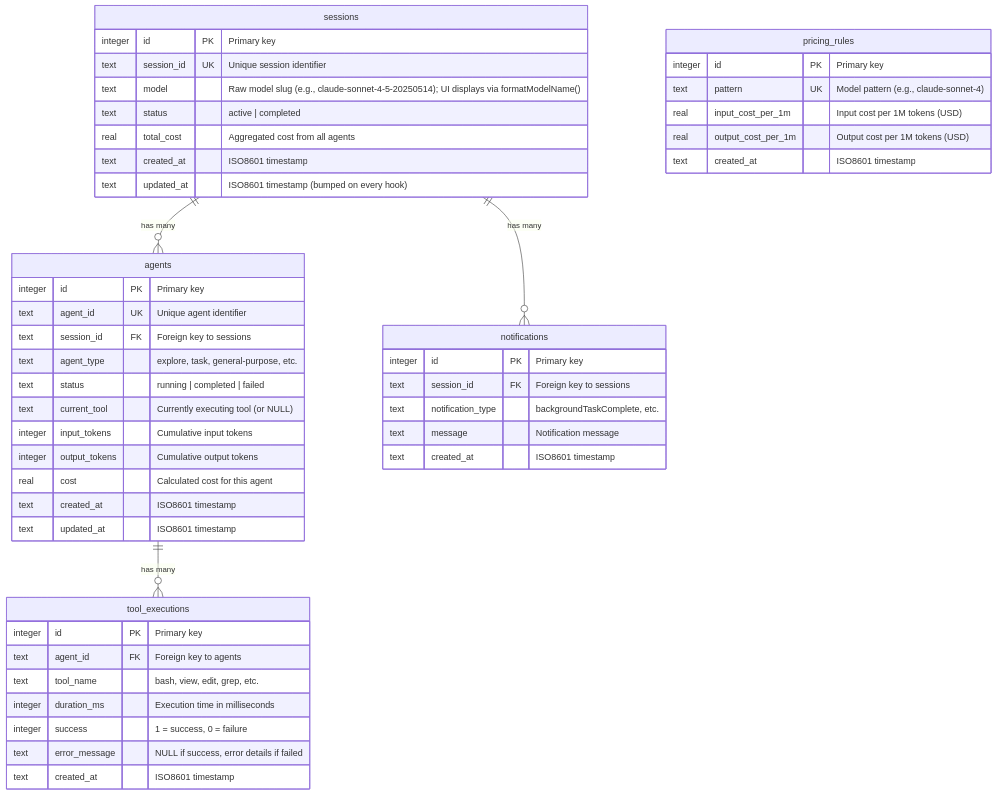
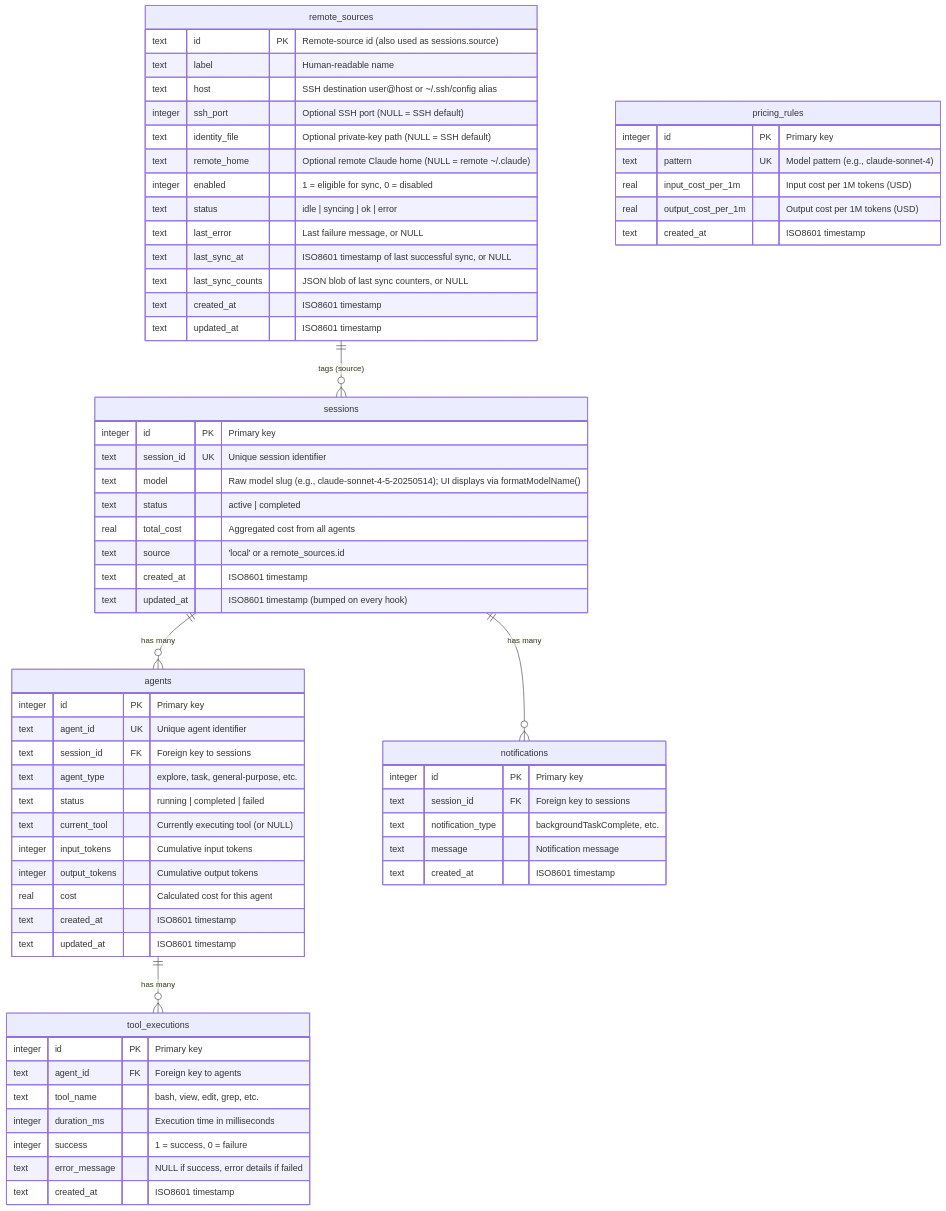
One commit to hoangsonww/Claude-Code-Agent-Monitor changed the second of 11 diagrams in docs/DATABASE.md. Above: the diagram before and after it, drawn with Mermaid. The commit also changed other lines of this file and 43 other files, not shown here.

````diff
--- a/docs/DATABASE.md
+++ b/docs/DATABASE.md
@@ -74,56 +76,74 @@
 ```mermaid
 erDiagram
     sessions ||--o{ agents : "has many"
     agents ||--o{ tool_executions : "has many"
     sessions ||--o{ notifications : "has many"
+    remote_sources ||--o{ sessions : "tags (source)"
     
     sessions {
         integer id PK "Primary key"
         text session_id UK "Unique session identifier"
         text model "Raw model slug (e.g., claude-sonnet-4-5-20250514); UI displays via formatModelName()"
         text status "active | completed"
         real total_cost "Aggregated cost from all agents"
+        text source "'local' or a remote_sources.id"
         text created_at "ISO8601 timestamp"
         text updated_at "ISO8601 timestamp (bumped on every hook)"
     }
     
     agents {
         integer id PK "Primary key"
         text agent_id UK "Unique agent identifier"
         text session_id FK "Foreign key to sessions"
         text agent_type "explore, task, general-purpose, etc."
         text status "running | completed | failed"
         text current_tool "Currently executing tool (or NULL)"
         integer input_tokens "Cumulative input tokens"
         integer output_tokens "Cumulative output tokens"
         real cost "Calculated cost for this agent"
         text created_at "ISO8601 timestamp"
         text updated_at "ISO8601 timestamp"
     }
     
     tool_executions {
         integer id PK "Primary key"
         text agent_id FK "Foreign key to agents"
         text tool_name "bash, view, edit, grep, etc."
         integer duration_ms "Execution time in milliseconds"
         integer success "1 = success, 0 = failure"
         text error_message "NULL if success, error details if failed"
         text created_at "ISO8601 timestamp"
     }
     
     notifications {
         integer id PK "Primary key"
         text session_id FK "Foreign key to sessions"
         text notification_type "backgroundTaskComplete, etc."
         text message "Notification message"
         text created_at "ISO8601 timestamp"
     }
     
     pricing_rules {
         integer id PK "Primary key"
         text pattern UK "Model pattern (e.g., claude-sonnet-4)"
         real input_cost_per_1m "Input cost per 1M tokens (USD)"
         real output_cost_per_1m "Output cost per 1M tokens (USD)"
         text created_at "ISO8601 timestamp"
     }
+
+    remote_sources {
+        text id PK "Remote-source id (also used as sessions.source)"
+        text label "Human-readable name"
+        text host "SSH destination user@host or ~/.ssh/config alias"
+        integer ssh_port "Optional SSH port (NULL = SSH default)"
+        text identity_file "Optional private-key path (NULL = SSH default)"
+        text remote_home "Optional remote Claude home (NULL = remote ~/.claude)"
+        integer enabled "1 = eligible for sync, 0 = disabled"
+        text status "idle | syncing | ok | error"
+        text last_error "Last failure message, or NULL"
+        text last_sync_at "ISO8601 timestamp of last successful sync, or NULL"
+        text last_sync_counts "JSON blob of last sync counters, or NULL"
+        text created_at "ISO8601 timestamp"
+        text updated_at "ISO8601 timestamp"
+    }
 ```
````
